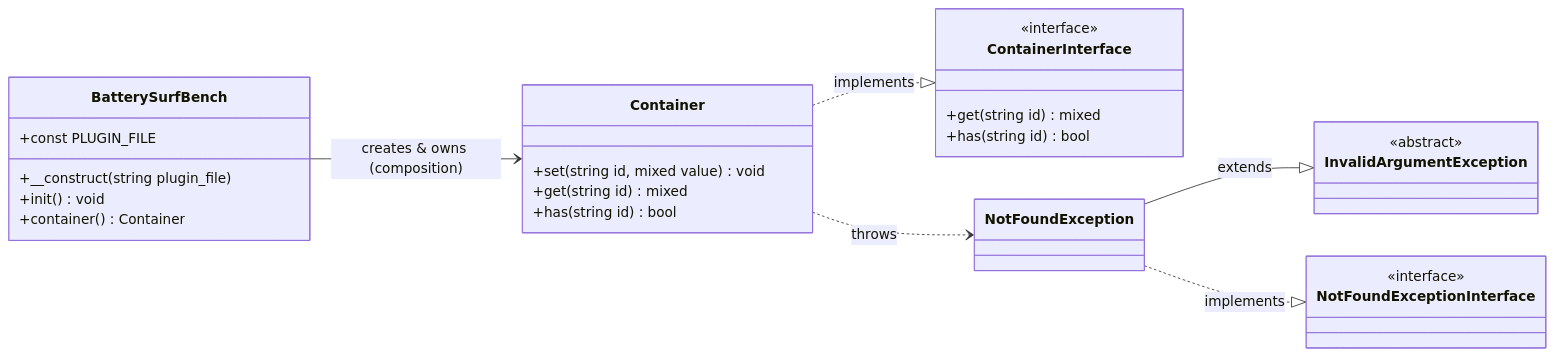
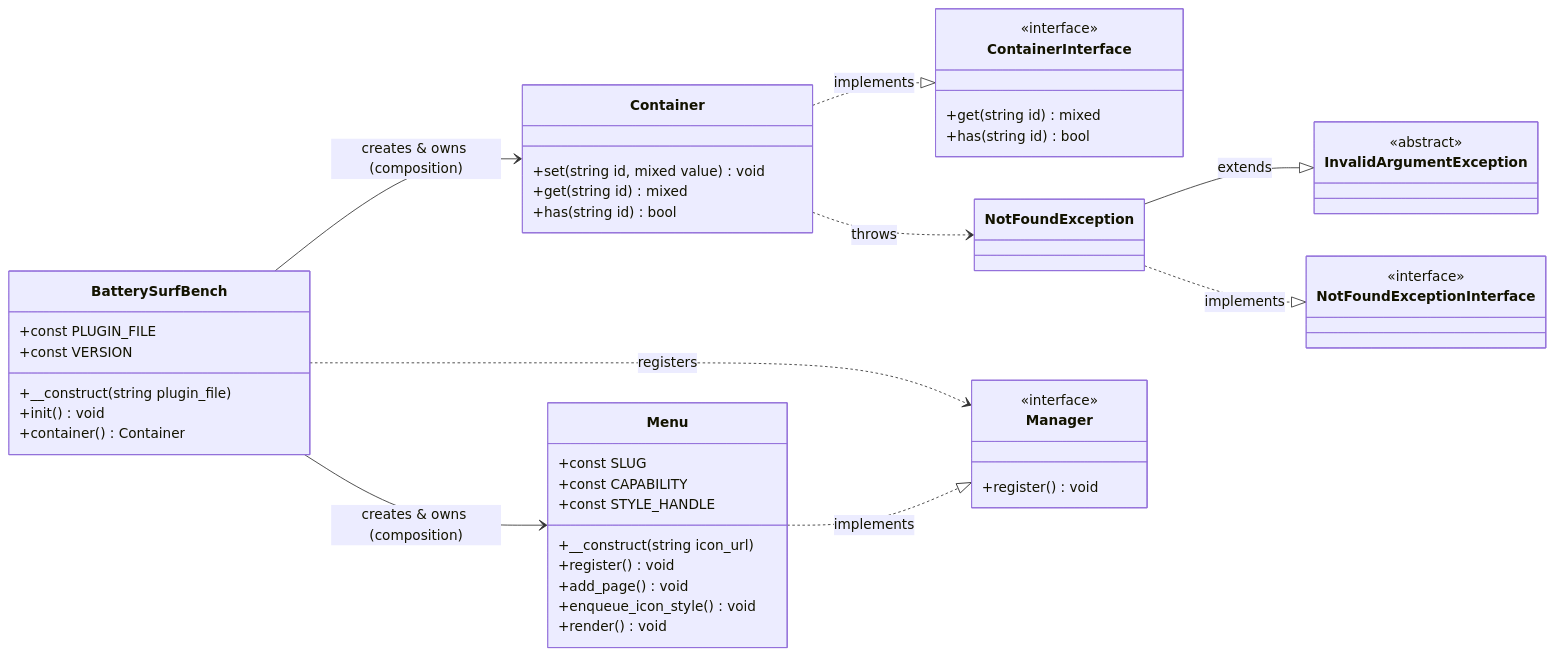
Before and after one commit to erdembircan/battery-surf-bench: the diagram in docs/contracts/php-class-interactions.mmd, drawn with Mermaid. The commit also changed 8 other files, not shown here.

First line of the commit message:
[FEAT]: add admin menu manager with logo icon (#8)

```diff
--- a/docs/contracts/php-class-interactions.mmd
+++ b/docs/contracts/php-class-interactions.mmd
@@ -1,38 +1,58 @@
 %% PHP class interactions — contract chart.
 classDiagram
     direction LR
 
     class BatterySurfBench {
         +const PLUGIN_FILE
+        +const VERSION
         +__construct(string plugin_file)
         +init() void
         +container() Container
     }
 
     class ContainerInterface {
         <<interface>>
         +get(string id) mixed
         +has(string id) bool
     }
 
     class Container {
         +set(string id, mixed value) void
         +get(string id) mixed
         +has(string id) bool
     }
 
     class NotFoundExceptionInterface {
         <<interface>>
     }
 
     class InvalidArgumentException {
         <<abstract>>
     }
 
     class NotFoundException
 
+    class Manager {
+        <<interface>>
+        +register() void
+    }
+
+    class Menu {
+        +const SLUG
+        +const CAPABILITY
+        +const STYLE_HANDLE
+        +__construct(string icon_url)
+        +register() void
+        +add_page() void
+        +enqueue_icon_style() void
+        +render() void
+    }
+
     BatterySurfBench --> Container : creates & owns (composition)
+    BatterySurfBench --> Menu : creates & owns (composition)
+    BatterySurfBench ..> Manager : registers
+    Menu ..|> Manager : implements
     Container ..|> ContainerInterface : implements
     Container ..> NotFoundException : throws
     NotFoundException --|> InvalidArgumentException : extends
     NotFoundException ..|> NotFoundExceptionInterface : implements
```
